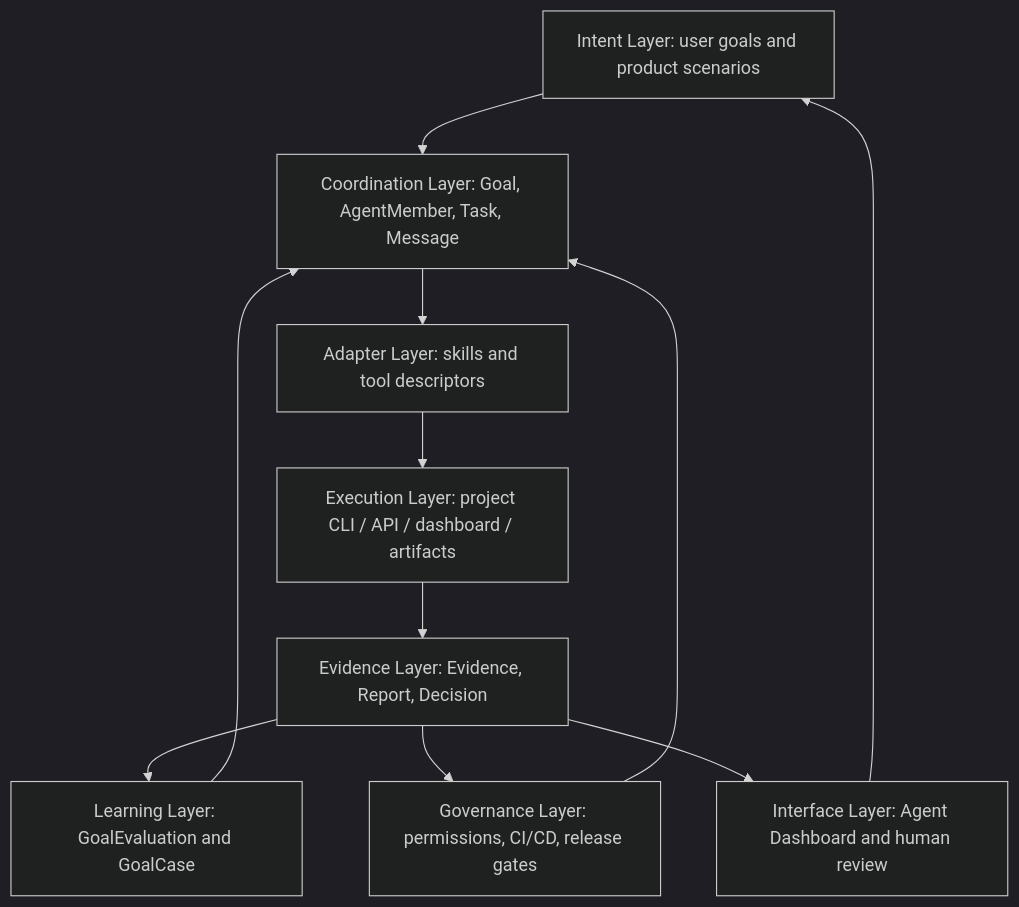
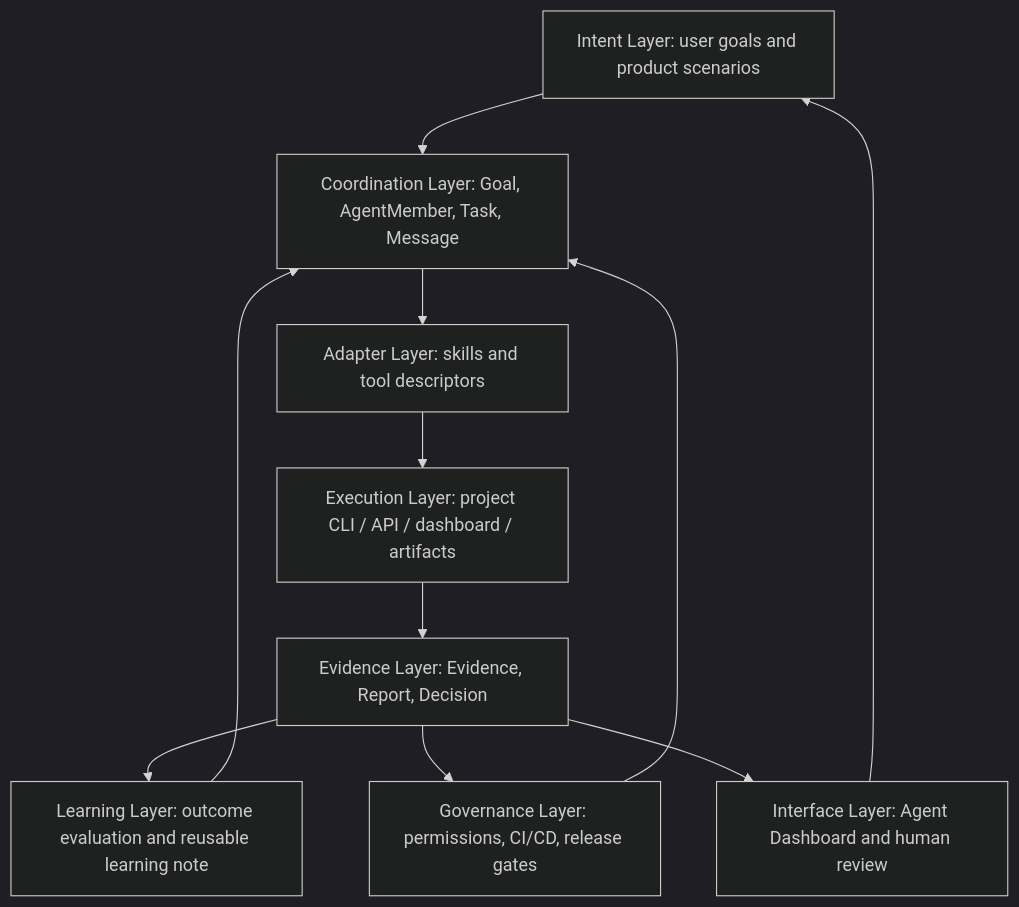
Before and after one commit to cyl19970726/multi-agent-harness: the diagram in docs/design-basis.md, drawn with Mermaid (dark theme). The commit also changed other lines of this file and 485 other files, not shown here.

````diff
--- a/docs/design-basis.md
+++ b/docs/design-basis.md
@@ -23,22 +23,22 @@
 ```mermaid
 flowchart TD
   Intent[Intent Layer: user goals and product scenarios]
   Coordination[Coordination Layer: Goal, AgentMember, Task, Message]
   Adapter[Adapter Layer: skills and tool descriptors]
   Execution[Execution Layer: project CLI / API / dashboard / artifacts]
   Evidence[Evidence Layer: Evidence, Report, Decision]
-  Learning[Learning Layer: GoalEvaluation and GoalCase]
+  Learning[Learning Layer: outcome evaluation and reusable learning note]
   Governance[Governance Layer: permissions, CI/CD, release gates]
   Interface[Interface Layer: Agent Dashboard and human review]
 
   Intent --> Coordination
   Coordination --> Adapter
   Adapter --> Execution
   Execution --> Evidence
   Evidence --> Learning
   Learning --> Coordination
   Evidence --> Governance
   Evidence --> Interface
   Governance --> Coordination
   Interface --> Intent
 ```
````
